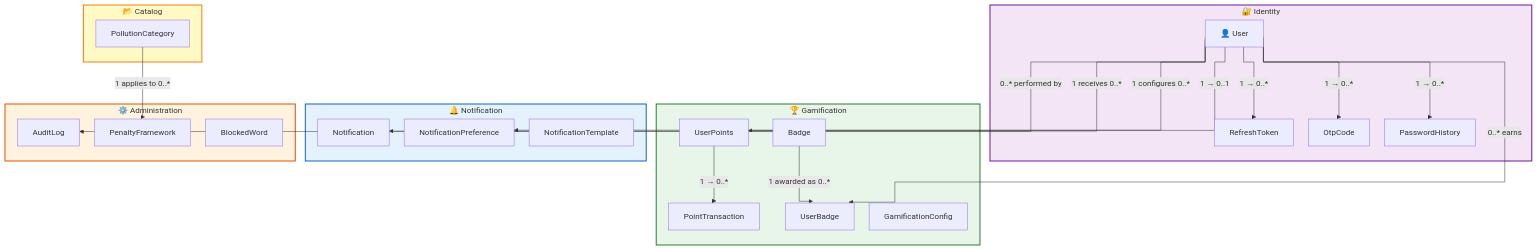
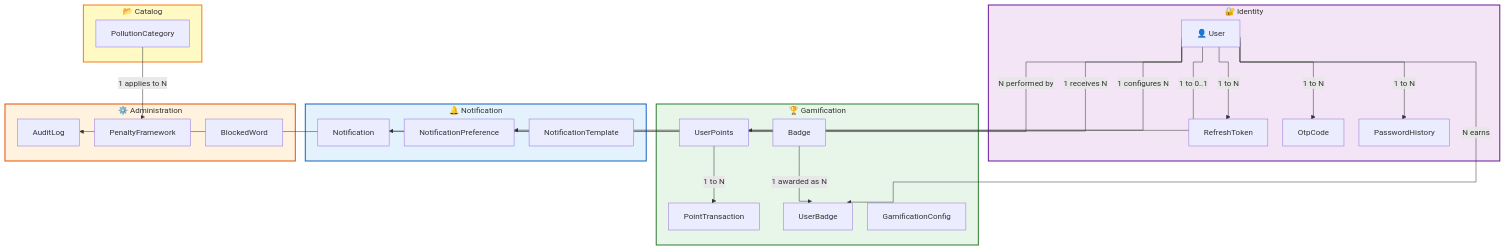
The third of 7 diagrams in docs/BusinessRule/logical_erd.md (Capstonne-Project/greenlens-service), drawn with Mermaid before and after one commit. The commit also changed other lines of this file, not shown here.

Commit message:
chore(docs): fix mermaid review

````diff
--- a/docs/BusinessRule/logical_erd.md
+++ b/docs/BusinessRule/logical_erd.md
@@ -1236,59 +1236,59 @@
 ```mermaid
 %%{init: {'flowchart': {'curve': 'stepBefore', 'nodeSpacing': 30, 'rankSpacing': 60, 'padding': 15}}}%%
 flowchart TB
     subgraph IDENTITY["🔐 Identity"]
         User["👤 User"]
         RefreshToken["RefreshToken"]
         OtpCode["OtpCode"]
         PasswordHistory["PasswordHistory"]
     end
 
     subgraph GAMIFICATION["🏆 Gamification"]
         UserPoints["UserPoints"]
         PointTransaction["PointTransaction"]
         Badge["Badge"]
         UserBadge["UserBadge"]
         GamificationConfig["GamificationConfig"]
     end
 
     subgraph NOTIFICATION["🔔 Notification"]
         Notification["Notification"]
         NotificationPreference["NotificationPreference"]
         NotificationTemplate["NotificationTemplate"]
     end
 
     subgraph ADMIN["⚙️ Administration"]
         AuditLog["AuditLog"]
         PenaltyFramework["PenaltyFramework"]
         BlockedWord["BlockedWord"]
     end
 
     subgraph CATALOG["📂 Catalog"]
         PollutionCategory["PollutionCategory"]
     end
 
     %% ── Identity ──
-    User -- "1 → 0..*" --> RefreshToken
-    User -- "1 → 0..*" --> OtpCode
-    User -- "1 → 0..*" --> PasswordHistory
+    User -->|"1 to N"| RefreshToken
+    User -->|"1 to N"| OtpCode
+    User -->|"1 to N"| PasswordHistory
 
     %% ── Gamification ──
-    User -- "1 → 0..1" --> UserPoints
-    UserPoints -- "1 → 0..*" --> PointTransaction
-    User -- "0..* earns" --> UserBadge
-    Badge -- "1 awarded as 0..*" --> UserBadge
+    User -->|"1 to 0..1"| UserPoints
+    UserPoints -->|"1 to N"| PointTransaction
+    User -->|"N earns"| UserBadge
+    Badge -->|"1 awarded as N"| UserBadge
 
     %% ── Notification ──
-    User -- "1 receives 0..*" --> Notification
-    User -- "1 configures 0..*" --> NotificationPreference
+    User -->|"1 receives N"| Notification
+    User -->|"1 configures N"| NotificationPreference
 
     %% ── Admin ──
-    User -- "0..* performed by" --> AuditLog
-    PollutionCategory -- "1 applies to 0..*" --> PenaltyFramework
+    User -->|"N performed by"| AuditLog
+    PollutionCategory -->|"1 applies to N"| PenaltyFramework
 
     style IDENTITY fill:#f3e5f5,stroke:#6a1b9a,stroke-width:2px
     style GAMIFICATION fill:#e8f5e9,stroke:#2e7d32,stroke-width:2px
     style NOTIFICATION fill:#e3f2fd,stroke:#1565c0,stroke-width:2px
     style ADMIN fill:#fff3e0,stroke:#e65100,stroke-width:2px
     style CATALOG fill:#fff9c4,stroke:#f57f17,stroke-width:2px
 ```
````
